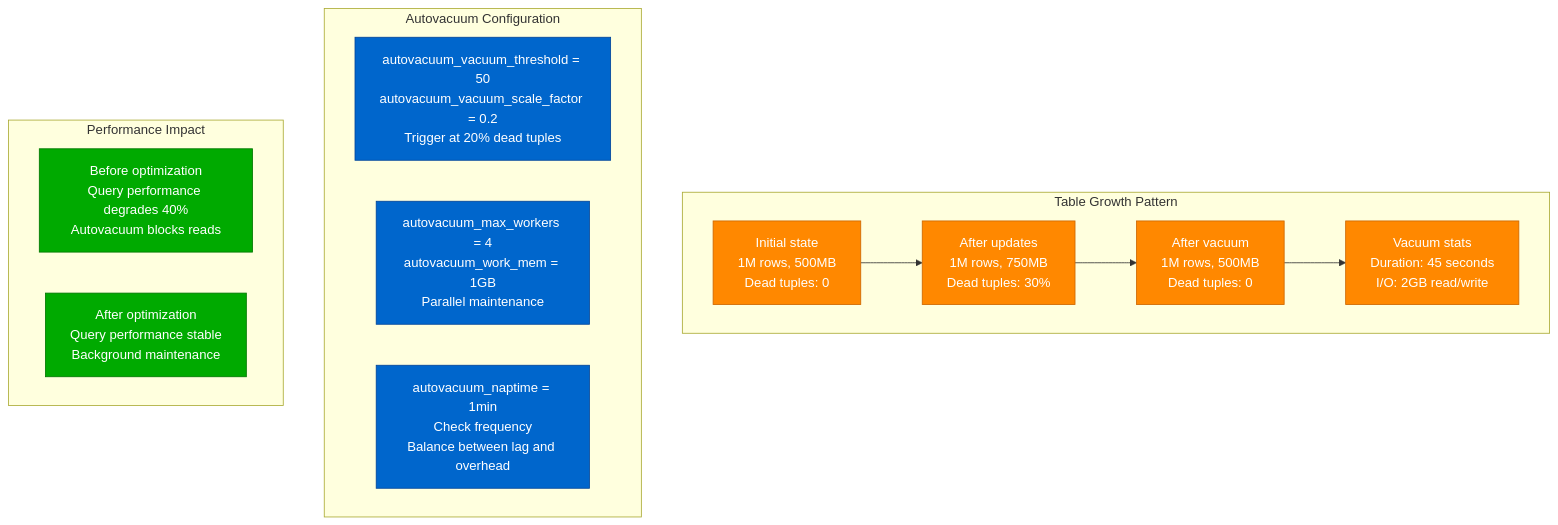
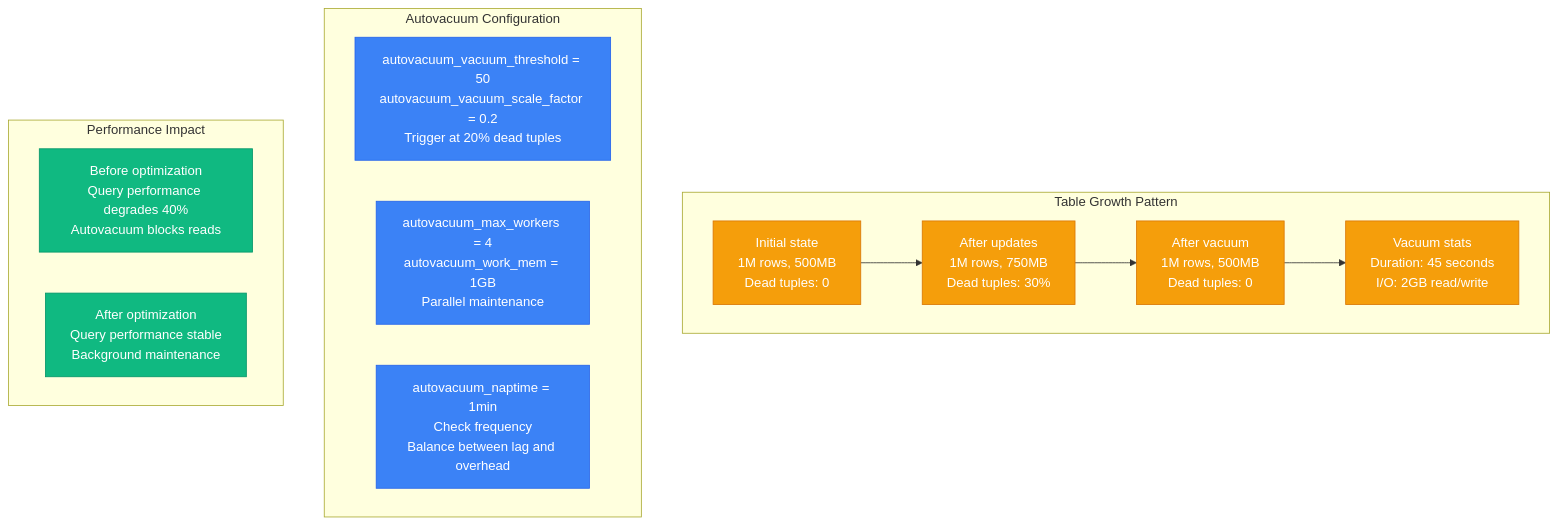
Before and after one commit to deepaucksharma/DS: the seventh of 10 diagrams in site/docs/performance/postgresql-performance-profile.md, drawn with Mermaid. The commit also changed other lines of this file and 303 other files, not shown here.

````diff
--- a/site/docs/performance/postgresql-performance-profile.md
+++ b/site/docs/performance/postgresql-performance-profile.md
@@ -226,34 +226,34 @@
 ```mermaid
 graph TB
     subgraph "Table Growth Pattern"
         T1[Initial state<br/>1M rows, 500MB<br/>Dead tuples: 0]
         T2[After updates<br/>1M rows, 750MB<br/>Dead tuples: 30%]
         T3[After vacuum<br/>1M rows, 500MB<br/>Dead tuples: 0]
         T4[Vacuum stats<br/>Duration: 45 seconds<br/>I/O: 2GB read/write]
 
         T1 --> T2 --> T3
         T3 --> T4
     end
 
     subgraph "Autovacuum Configuration"
         A1[autovacuum_vacuum_threshold = 50<br/>autovacuum_vacuum_scale_factor = 0.2<br/>Trigger at 20% dead tuples]
 
         A2[autovacuum_max_workers = 4<br/>autovacuum_work_mem = 1GB<br/>Parallel maintenance]
 
         A3[autovacuum_naptime = 1min<br/>Check frequency<br/>Balance between lag and overhead]
     end
 
     subgraph "Performance Impact"
         P1[Before optimization<br/>Query performance degrades 40%<br/>Autovacuum blocks reads]
 
         P2[After optimization<br/>Query performance stable<br/>Background maintenance]
     end
 
-    classDef tableStyle fill:#FF8800,stroke:#CC6600,color:#fff
-    classDef configStyle fill:#0066CC,stroke:#004499,color:#fff
-    classDef perfStyle fill:#00AA00,stroke:#007700,color:#fff
+    classDef tableStyle fill:#F59E0B,stroke:#D97706,color:#fff
+    classDef configStyle fill:#3B82F6,stroke:#2563EB,color:#fff
+    classDef perfStyle fill:#10B981,stroke:#059669,color:#fff
 
     class T1,T2,T3,T4 tableStyle
     class A1,A2,A3 configStyle
     class P1,P2 perfStyle
 ```
````
